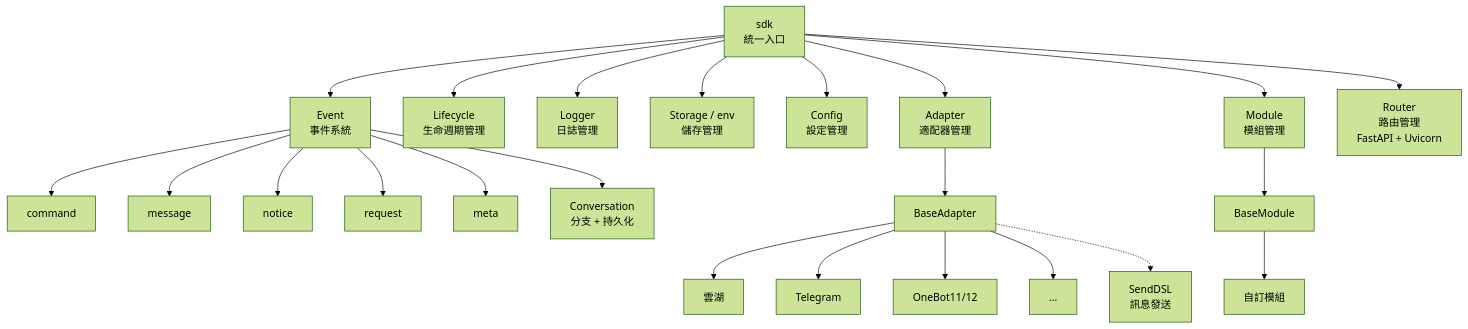
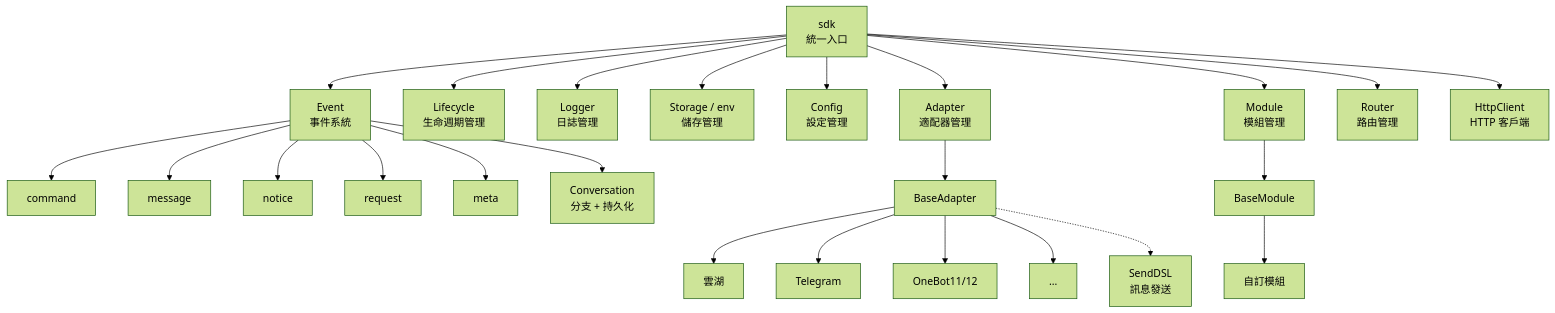
One commit to ErisPulse/ErisPulse changed the first of 5 diagrams in docs/zh-TW/ai-support/prompts/ErisPulse-ModuleDev.md. Above: the diagram before and after it, drawn with Mermaid (forest theme). The commit also changed other lines of this file and 84 other files, not shown here.

````diff
--- a/docs/zh-TW/ai-support/prompts/ErisPulse-ModuleDev.md
+++ b/docs/zh-TW/ai-support/prompts/ErisPulse-ModuleDev.md
@@ -51,30 +51,31 @@
 ```mermaid
 graph TB
     SDK["sdk<br/>統一入口"]
 
     SDK --> Event["Event<br/>事件系統"]
     SDK --> Lifecycle["Lifecycle<br/>生命週期管理"]
     SDK --> Logger["Logger<br/>日誌管理"]
     SDK --> Storage["Storage / env<br/>儲存管理"]
     SDK --> Config["Config<br/>設定管理"]
     SDK --> AdapterMgr["Adapter<br/>適配器管理"]
     SDK --> ModuleMgr["Module<br/>模組管理"]
-    SDK --> Router["Router<br/>路由管理<br/>FastAPI + Uvicorn"]
+    SDK --> Router["Router<br/>路由管理"]
+    SDK --> Client["HttpClient<br/>HTTP 客戶端"]
     Event --> Command["command"]
     Event --> Message["message"]
     Event --> Notice["notice"]
     Event --> Request["request"]
     Event --> Meta["meta"]
     Event --> Conversation["Conversation<br/>分支 + 持久化"]
 
     AdapterMgr --> BaseAdapter["BaseAdapter"]
     BaseAdapter --> P1["雲湖"]
     BaseAdapter --> P2["Telegram"]
     BaseAdapter --> P3["OneBot11/12"]
     BaseAdapter --> PN["..."]
 
     ModuleMgr --> BaseModule["BaseModule"]
     BaseModule --> CM["自訂模組"]
 
     BaseAdapter -.-> SendDSL["SendDSL<br/>訊息發送"]
 ```
````
